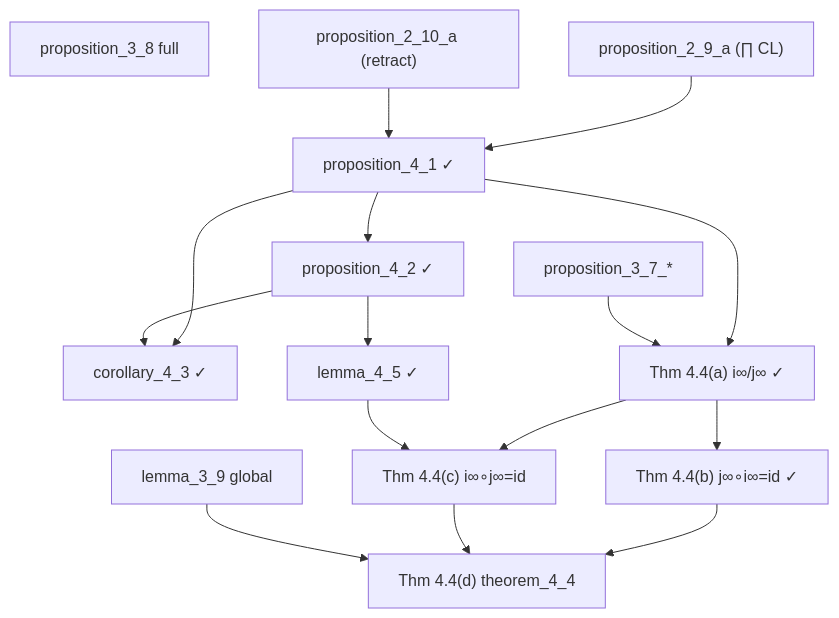
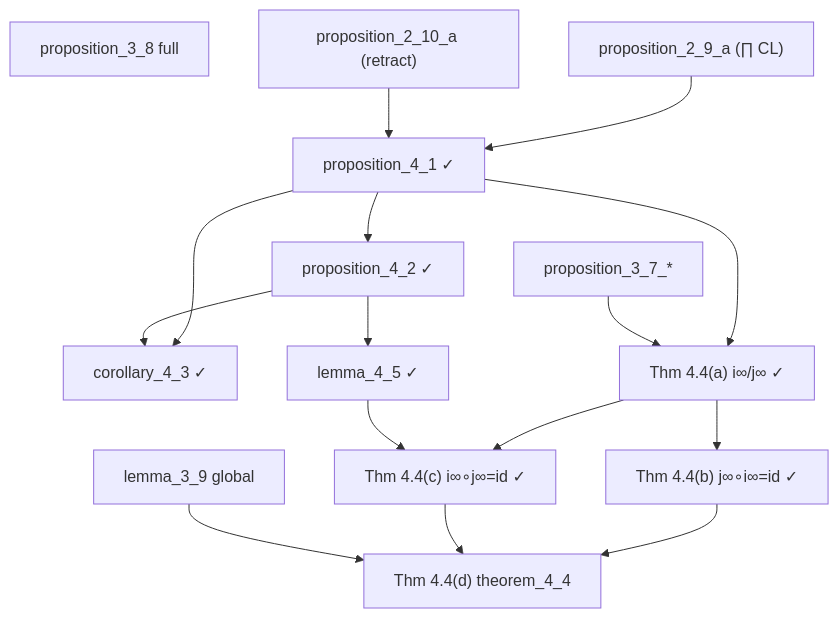
The sixth of 8 diagrams in arxiv.md (catskillsresearch/domain_theory), drawn with Mermaid before and after one commit. The commit also changed other lines of this file and 1 other file, not shown here.

````diff
--- a/arxiv.md
+++ b/arxiv.md
@@ -393,31 +393,31 @@
 ```mermaid
 flowchart TD
   P38["proposition_3_8 full"]
   L39["lemma_3_9 global"]
   P37["proposition_3_7_*"]
   P29a["proposition_2_9_a (∏ CL)"]
   P210a["proposition_2_10_a (retract)"]
   P41["proposition_4_1 ✓"]
   P42["proposition_4_2 ✓"]
   C43["corollary_4_3 ✓"]
   L45["lemma_4_5 ✓"]
   T44a["Thm 4.4(a) i∞/j∞ ✓"]
   T44b["Thm 4.4(b) j∞∘i∞=id ✓"]
-  T44c["Thm 4.4(c) i∞∘j∞=id"]
+  T44c["Thm 4.4(c) i∞∘j∞=id ✓"]
   T44d["Thm 4.4(d) theorem_4_4"]
 
   P29a --> P41
   P210a --> P41
   P41 --> P42
   P41 --> C43
   P42 --> C43
   P42 --> L45
   P41 --> T44a
   P37 --> T44a
   T44a --> T44b
   T44a --> T44c
   L45 --> T44c
   T44b --> T44d
   T44c --> T44d
   L39 --> T44d
 ```
````
